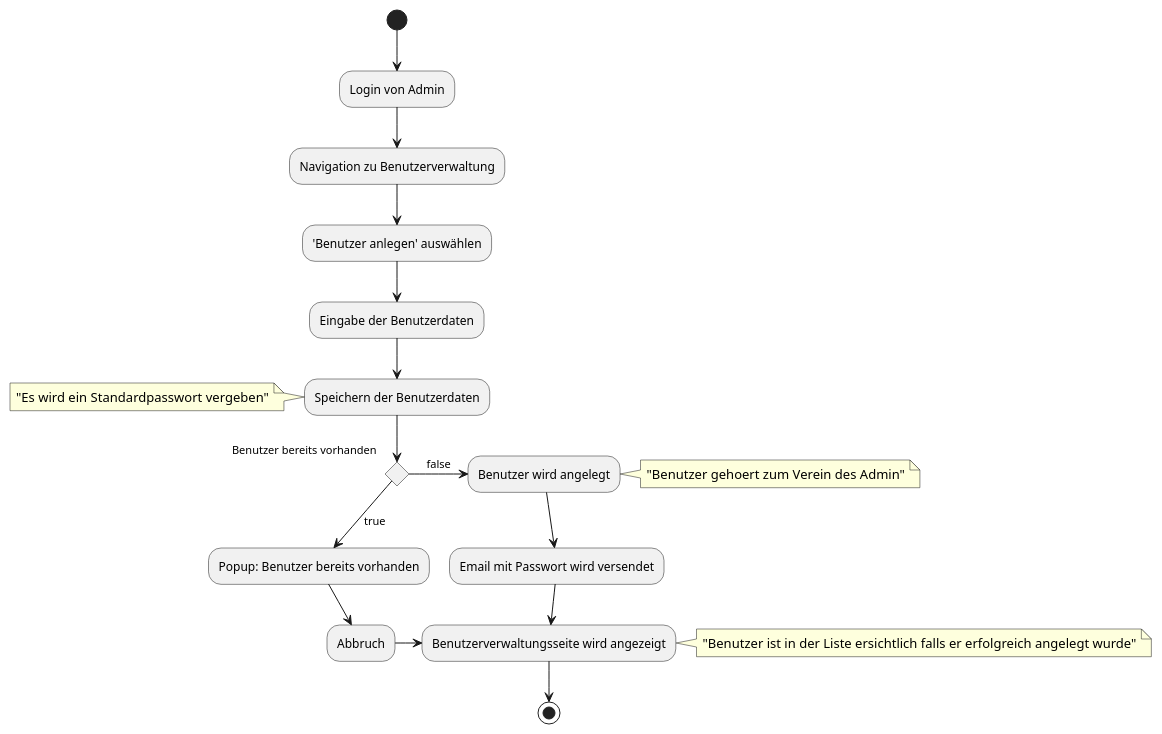
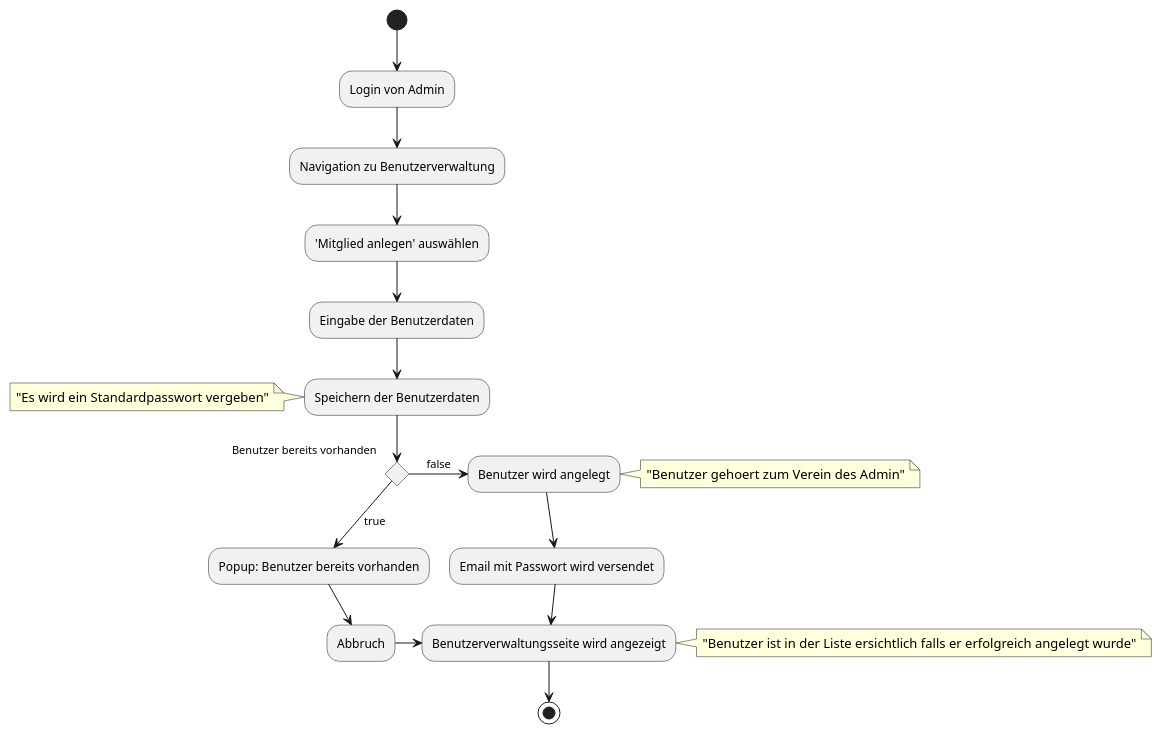
The diagram in documents/design/usecases/admin/activity/UC3_Neuen_Member_erstellen.puml (incrediblybadcoder/fortylove), drawn with PlantUML before and after one commit. The commit also changed 1 other file, not shown here.

```diff
--- a/documents/design/usecases/admin/activity/UC3_Neuen_Member_erstellen.puml
+++ b/documents/design/usecases/admin/activity/UC3_Neuen_Member_erstellen.puml
@@ -1,22 +1,22 @@
 @startuml
 (*) --> "Login von Admin"
 --> "Navigation zu Benutzerverwaltung"
---> "'Benutzer anlegen' auswählen"
+--> "'Mitglied anlegen' auswählen"
 --> "Eingabe der Benutzerdaten"
 --> "Speichern der Benutzerdaten"
 note left: "Es wird ein Standardpasswort vergeben"
 
 
 if "Benutzer bereits vorhanden" then
   -->[true] "Popup: Benutzer bereits vorhanden"
   --> "Abbruch"
   -right-> "Benutzerverwaltungsseite wird angezeigt"
 else
   ->[false] "Benutzer wird angelegt"
   note right: "Benutzer gehoert zum Verein des Admin"
   --> "Email mit Passwort wird versendet"
   --> "Benutzerverwaltungsseite wird angezeigt"
 endif
 note right: "Benutzer ist in der Liste ersichtlich falls er erfolgreich angelegt wurde"
 --> (*)
 @enduml
```
